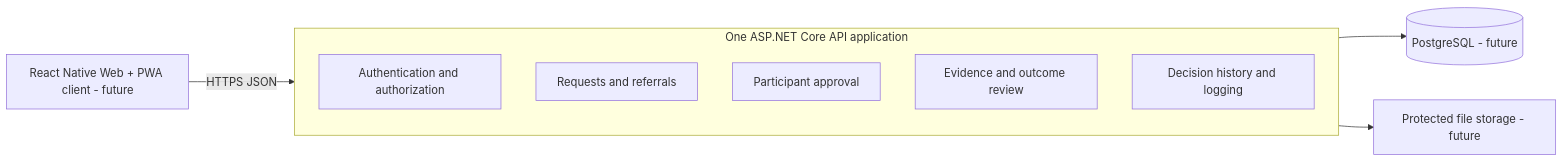
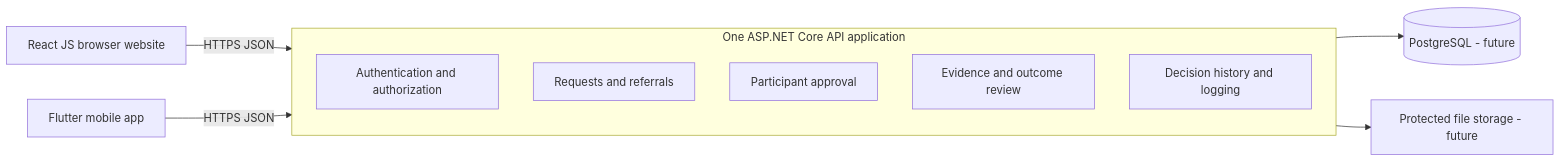
One commit to Bola-j/Helping-Hands changed the ninth of 9 diagrams in docs/models.md. Above: the diagram before and after it, drawn with Mermaid. The commit also changed other lines of this file and 23 other files, not shown here.

Commit message:
feat(web): establish JavaScript client foundation

````diff
--- a/docs/models.md
+++ b/docs/models.md
@@ -182,13 +182,14 @@
 ```mermaid
 flowchart LR
- Web[React Native Web + PWA client - future] -->|HTTPS JSON| API
+ Web[React JS browser website] -->|HTTPS JSON| API
+ Mobile[Flutter mobile app] -->|HTTPS JSON| API
  subgraph API[One ASP.NET Core API application]
  Auth[Authentication and authorization]
  Cases[Requests and referrals]
  Registry[Participant approval]
  Evidence[Evidence and outcome review]
  Audit[Decision history and logging]
  end
  API --> SQL[(PostgreSQL - future)]
  API --> Files[Protected file storage - future]
 ```
````
